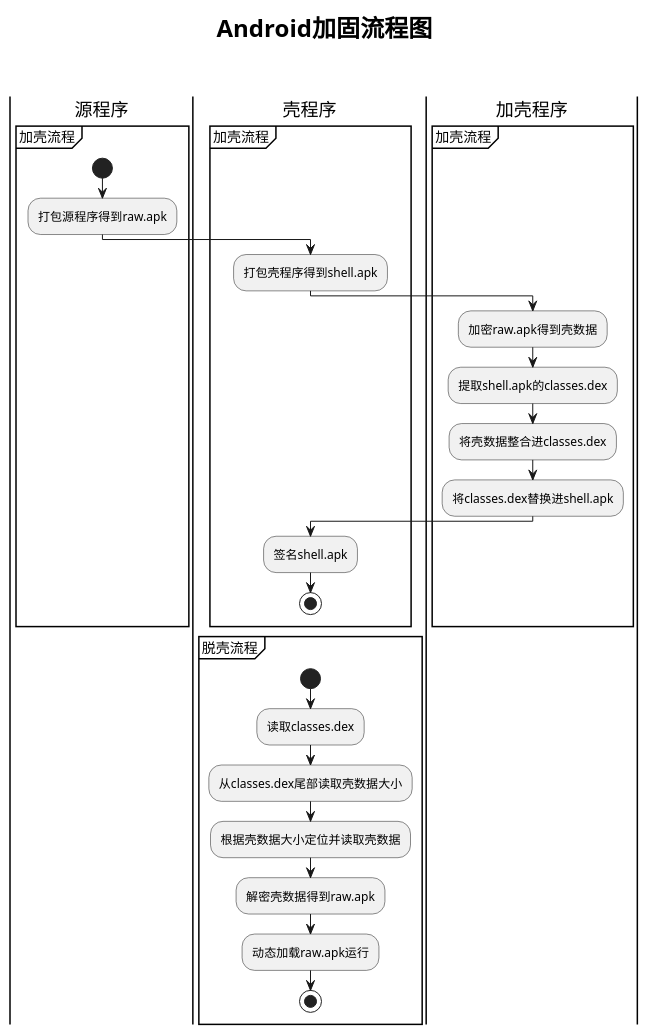
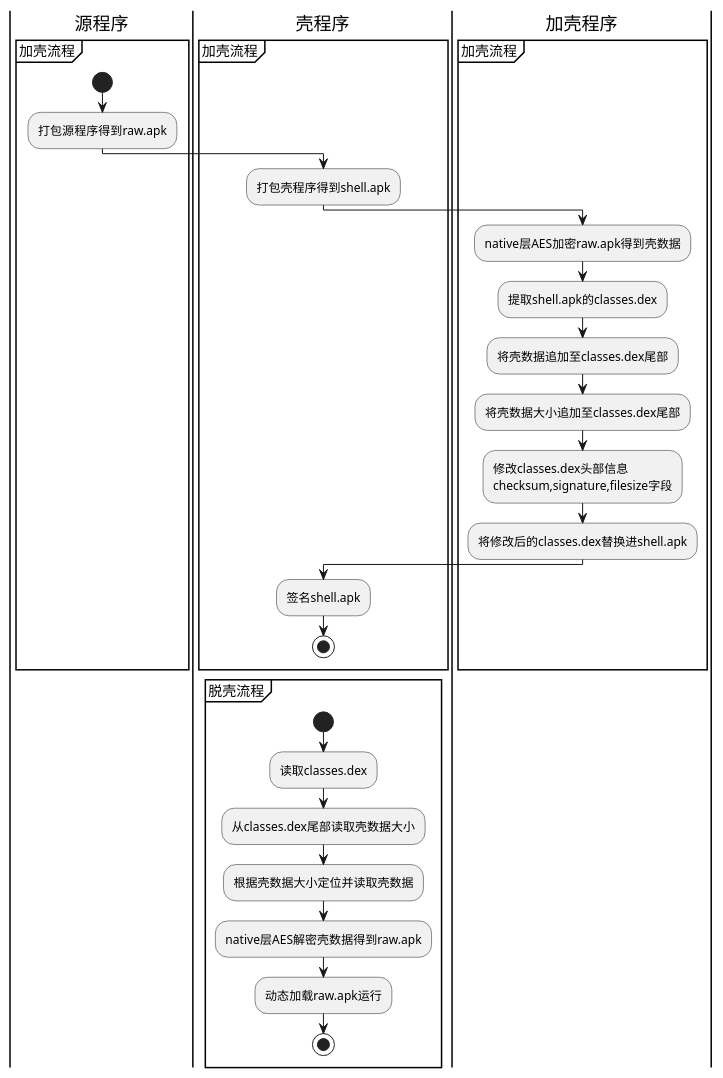
One commit to xingbiyanshu/plantuml_test changed the diagram in app/src/main/java/com/kedacom/plantuml_test/doc/android_reinforce_activity.puml. Above: the diagram before and after it, drawn with PlantUML.

Commit message:
improve android reinforce activity

```diff
--- a/app/src/main/java/com/kedacom/plantuml_test/doc/android_reinforce_activity.puml
+++ b/app/src/main/java/com/kedacom/plantuml_test/doc/android_reinforce_activity.puml
@@ -15,38 +15,40 @@
 @startuml
 
 'floating note : <size:20><b>Android加固流程图
 
-title <size:24><b>Android加固流程图\n\n
+'title <size:24><b>Android加固流程图\n\n
 
 |源程序|
 partition 加壳流程 {
 start
 |源程序|
 :打包源程序得到raw.apk;
 
 |壳程序|
 :打包壳程序得到shell.apk;
 
 |加壳程序|
-:加密raw.apk得到壳数据;
+:native层AES加密raw.apk得到壳数据;
 :提取shell.apk的classes.dex;
-:将壳数据整合进classes.dex;
-:将classes.dex替换进shell.apk;
+:将壳数据追加至classes.dex尾部;
+:将壳数据大小追加至classes.dex尾部;
+:修改classes.dex头部信息\nchecksum,signature,filesize字段;
+:将修改后的classes.dex替换进shell.apk;
 
 |壳程序|
 :签名shell.apk;
 stop
 }
 
 partition 脱壳流程 {
 |壳程序|
 start
 :读取classes.dex;
 :从classes.dex尾部读取壳数据大小;
 :根据壳数据大小定位并读取壳数据;
-:解密壳数据得到raw.apk;
+:native层AES解密壳数据得到raw.apk;
 :动态加载raw.apk运行;
 stop
 }
 
 @enduml
```
